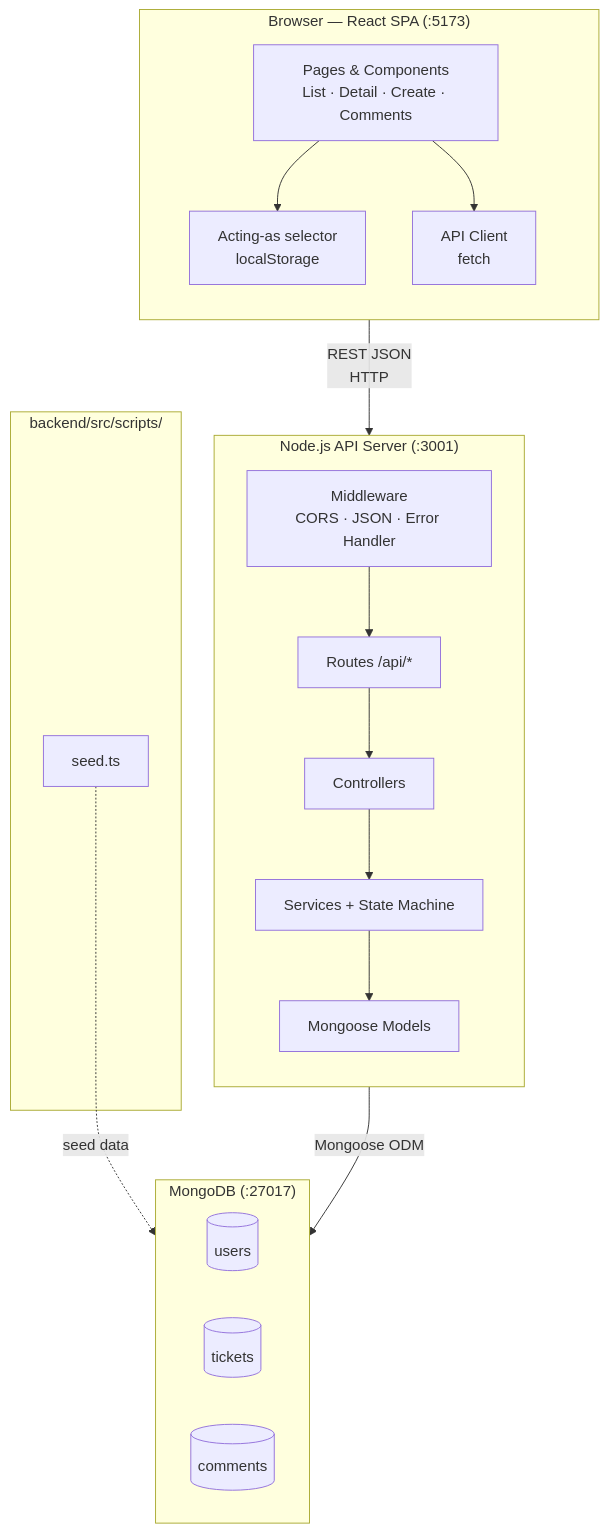
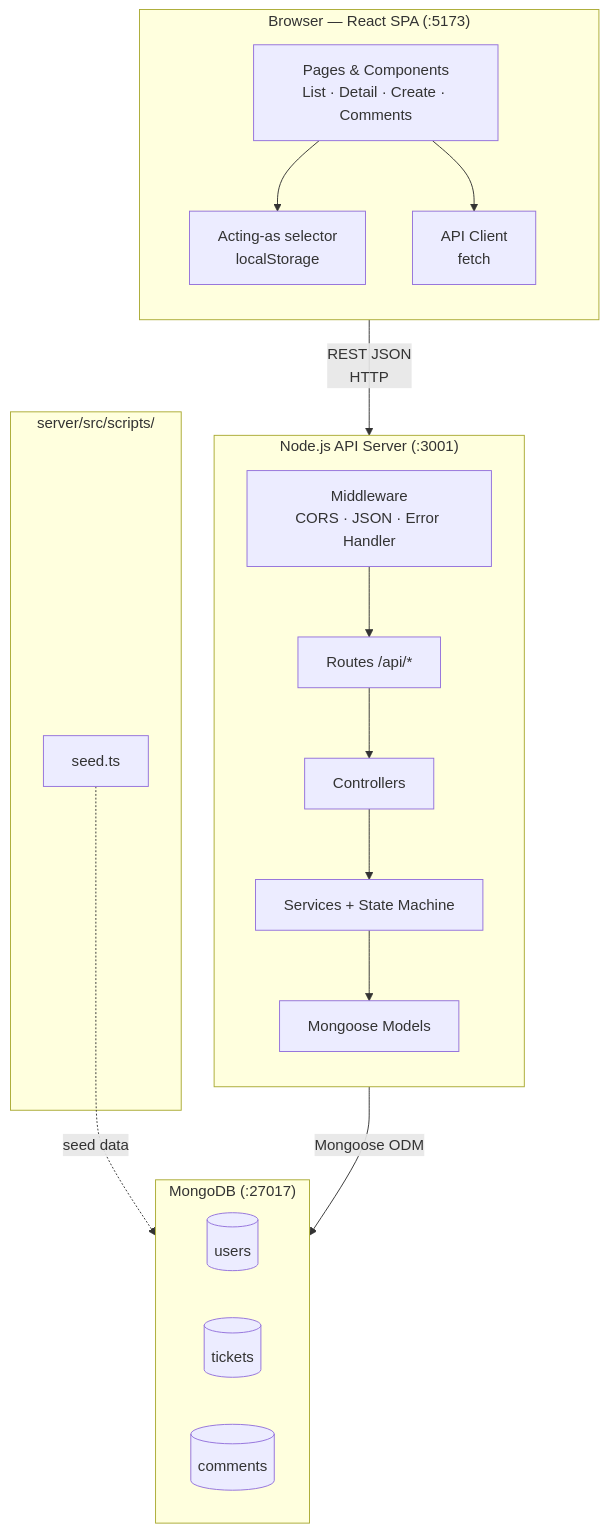
One commit to abhishekpandya5/support-ticket-system changed the first of 4 diagrams in docs/architecture.md. Above: the diagram before and after it, drawn with Mermaid. The commit also changed 263 other files, not shown here.

Commit message:
refactor: rename backend and frontend directories to server and client, updating all relevant paths and documentation for consistency

````diff
--- a/docs/architecture.md
+++ b/docs/architecture.md
@@ -9,36 +9,36 @@
 ```mermaid
 flowchart TB
     subgraph Client["Browser — React SPA (:5173)"]
         direction TB
         UI["Pages & Components<br/>List · Detail · Create · Comments"]
         CTX["Acting-as selector<br/>localStorage"]
         API_CLIENT["API Client<br/>fetch"]
         UI --> CTX
         UI --> API_CLIENT
     end
 
     subgraph Server["Node.js API Server (:3001)"]
         direction TB
         MW["Middleware<br/>CORS · JSON · Error Handler"]
         ROUTES["Routes /api/*"]
         CTRL["Controllers"]
         SVC["Services + State Machine"]
         MODELS["Mongoose Models"]
         MW --> ROUTES --> CTRL --> SVC --> MODELS
     end
 
     subgraph Data["MongoDB (:27017)"]
         direction LR
         USERS[("users")]
         TICKETS[("tickets")]
         COMMENTS[("comments")]
     end
 
-    subgraph Scripts["backend/src/scripts/"]
+    subgraph Scripts["server/src/scripts/"]
         SEED["seed.ts"]
     end
 
     API_CLIENT -->|"REST JSON<br/>HTTP"| MW
     MODELS -->|"Mongoose ODM"| Data
     SEED -.->|"seed data"| Data
 ```
````
